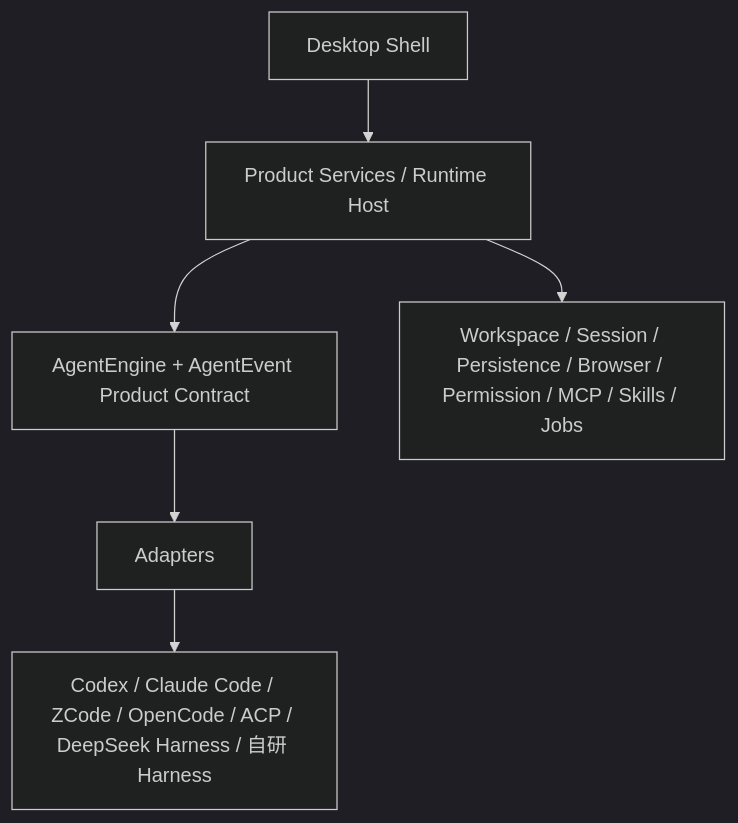
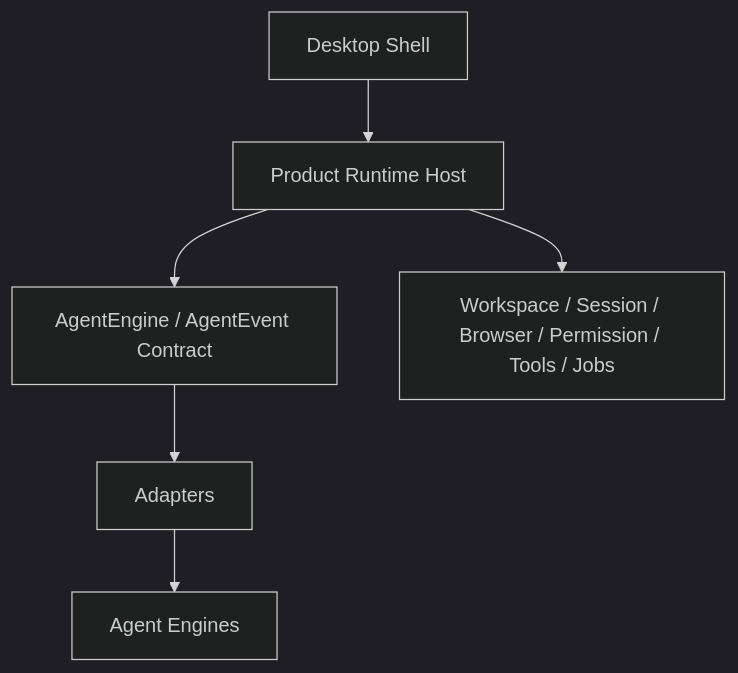
One commit to MC0571/AnyAgent changed the diagram in VISION.md. Above: the diagram before and after it, drawn with Mermaid (dark theme). The commit also changed other lines of this file, not shown here.

````diff
--- a/VISION.md
+++ b/VISION.md
@@ -45,8 +48,8 @@
 ```mermaid
 flowchart TD
-    Shell[Desktop Shell] --> Runtime[Product Services / Runtime Host]
-    Runtime --> Contract[AgentEngine + AgentEvent Product Contract]
-    Contract --> Adapters[Adapters]
-    Adapters --> Engines[Codex / Claude Code / ZCode / OpenCode / ACP / DeepSeek Harness / 自研 Harness]
-    Runtime --> Shared[Workspace / Session / Persistence / Browser / Permission / MCP / Skills / Jobs]
+    Shell[Desktop Shell] --> Runtime[Product Runtime Host]
+    Runtime --> Contract[AgentEngine / AgentEvent Contract]
+    Contract --> Adapter[Adapters]
+    Adapter --> Engine[Agent Engines]
+    Runtime --> Shared[Workspace / Session / Browser / Permission / Tools / Jobs]
 ```
````
